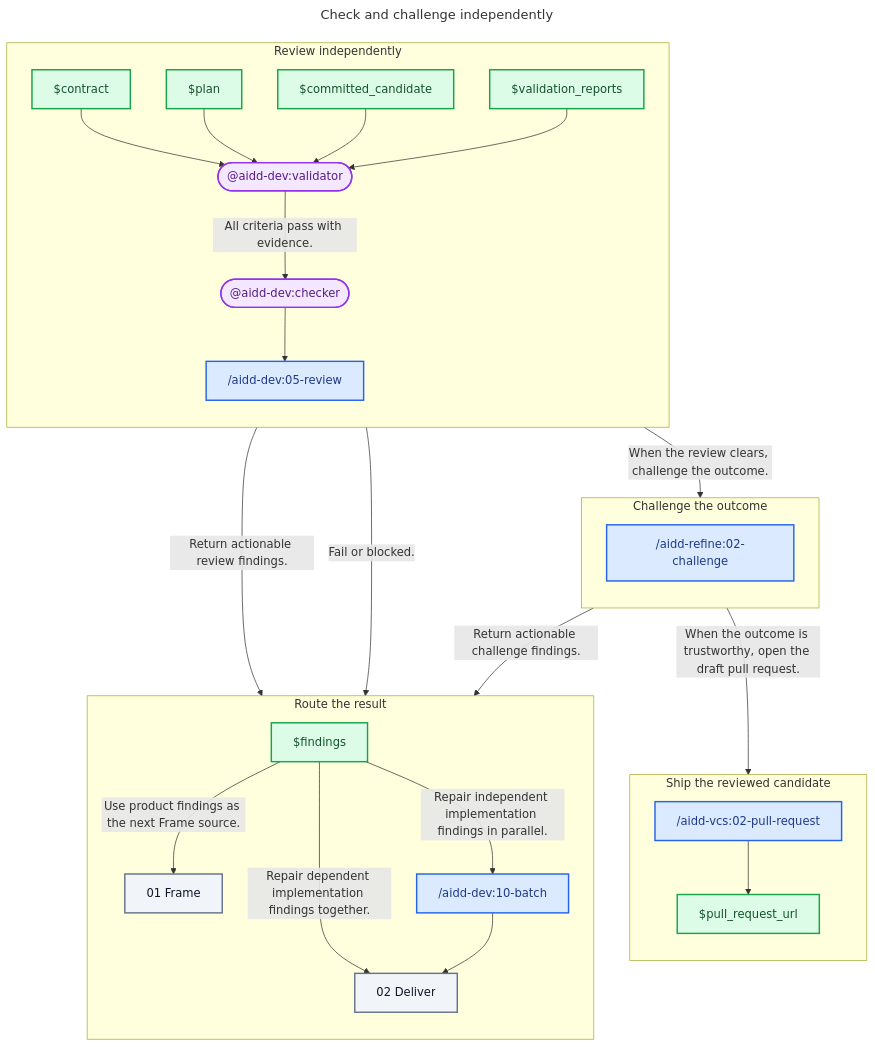
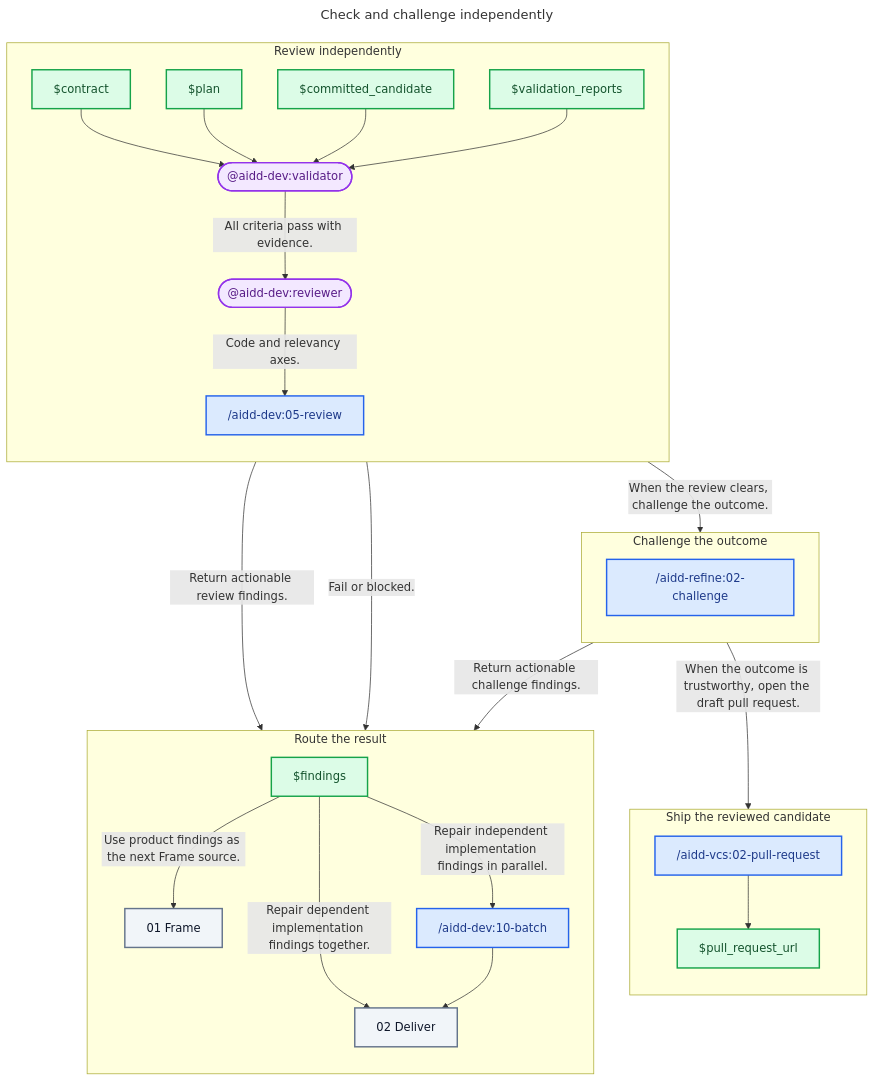
Before and after one commit to ai-driven-dev/framework: the diagram in plugins/aidd-orchestrator/skills/01-sdlc/references/03-check.md, drawn with Mermaid. The commit also changed other lines of this file and 20 other files, not shown here.

Commit message:
feat(aidd-dev): align agent roles and preserve personal definitions

````diff
--- a/plugins/aidd-orchestrator/skills/01-sdlc/references/03-check.md
+++ b/plugins/aidd-orchestrator/skills/01-sdlc/references/03-check.md
@@ -23,62 +23,62 @@
 ```mermaid
 ---
 title: Check and challenge independently
 ---
 flowchart TD
   subgraph ReviewStage["Review independently"]
     direction TB
     Contract["$contract"]
     Plan["$plan"]
     CommittedCandidate["$committed_candidate"]
     ValidationReports["$validation_reports"]
     Validator(["@aidd-dev:validator"])
-    Checker(["@aidd-dev:checker"])
+    Reviewer(["@aidd-dev:reviewer"])
     Review["/aidd-dev:05-review"]
   end
 
   subgraph ChallengeStage["Challenge the outcome"]
     direction TB
     Challenge["/aidd-refine:02-challenge"]
   end
 
   subgraph RouteStage["Route the result"]
     direction TB
     Findings["$findings"]
     Frame["01 Frame"]
     Batch["/aidd-dev:10-batch"]
     Deliver["02 Deliver"]
   end
 
   subgraph ShipStage["Ship the reviewed candidate"]
     direction TB
     PullRequest["/aidd-vcs:02-pull-request"]
     PullRequestUrl["$pull_request_url"]
   end
 
   Contract --> Validator
   Plan --> Validator
   CommittedCandidate --> Validator
   ValidationReports --> Validator
-  Validator -- "All criteria pass with evidence." --> Checker
+  Validator -- "All criteria pass with evidence." --> Reviewer
   Validator -- "Fail or blocked." --> Findings
-  Checker --> Review
+  Reviewer -- "Code and relevancy axes." --> Review
   Review -- "Return actionable review findings." --> Findings
   Review -- "When the review clears, challenge the outcome." --> Challenge
   Challenge -- "Return actionable challenge findings." --> Findings
   Challenge -- "When the outcome is trustworthy, open the draft pull request." --> PullRequest
   Findings -- "Use product findings as the next Frame source." --> Frame
   Findings -- "Repair independent implementation findings in parallel." --> Batch
   Findings -- "Repair dependent implementation findings together." --> Deliver
   Batch --> Deliver
   PullRequest --> PullRequestUrl
 
   classDef skill fill:#DBEAFE,stroke:#2563EB,color:#1E3A8A,stroke-width:2px
   classDef agent fill:#F3E8FF,stroke:#9333EA,color:#581C87,stroke-width:2px
   classDef artifact fill:#DCFCE7,stroke:#16A34A,color:#14532D,stroke-width:2px
   classDef zone fill:#F1F5F9,stroke:#64748B,color:#0F172A,stroke-width:2px
 
   class Review,Challenge,Batch,PullRequest skill
-  class Checker,Validator agent
+  class Reviewer,Validator agent
   class Contract,Plan,CommittedCandidate,ValidationReports,Findings,PullRequestUrl artifact
   class Frame,Deliver zone
 ```
````
